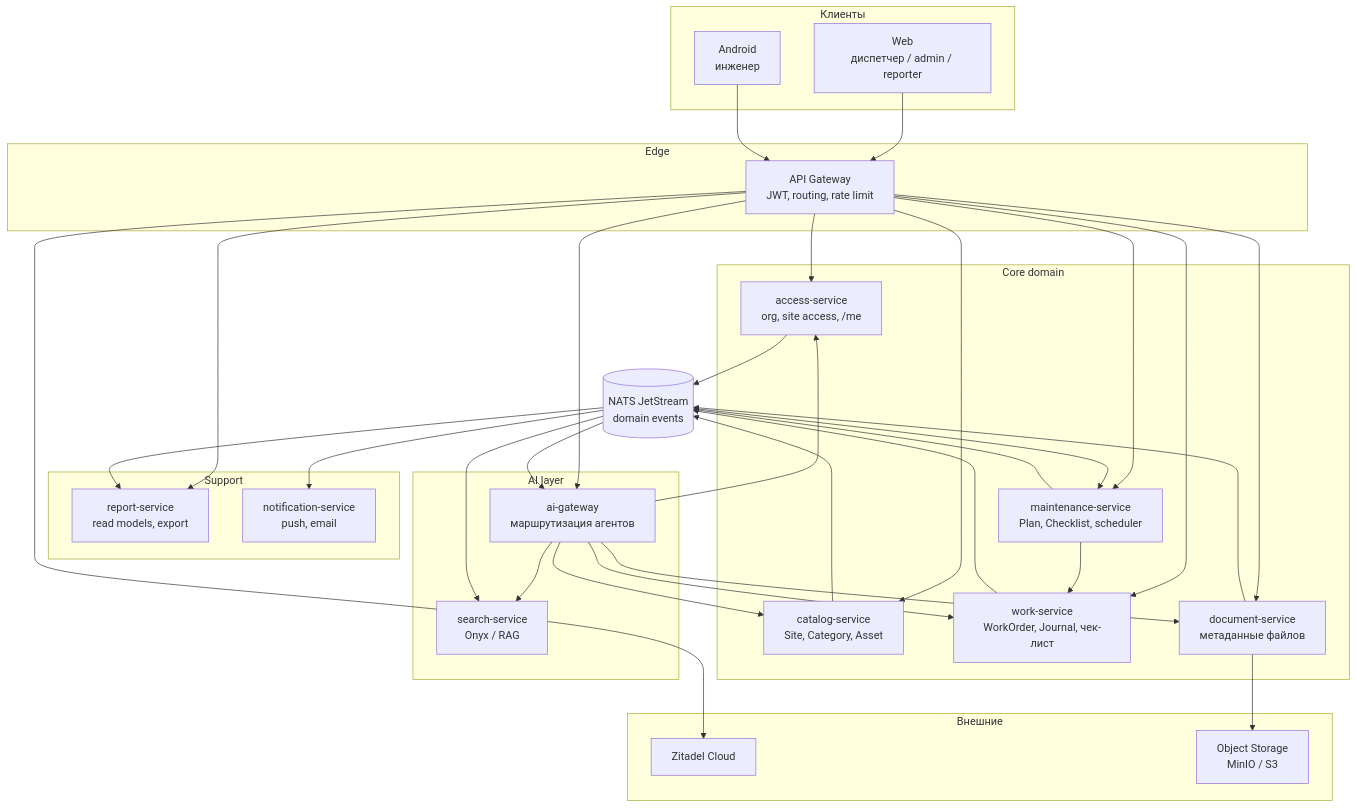
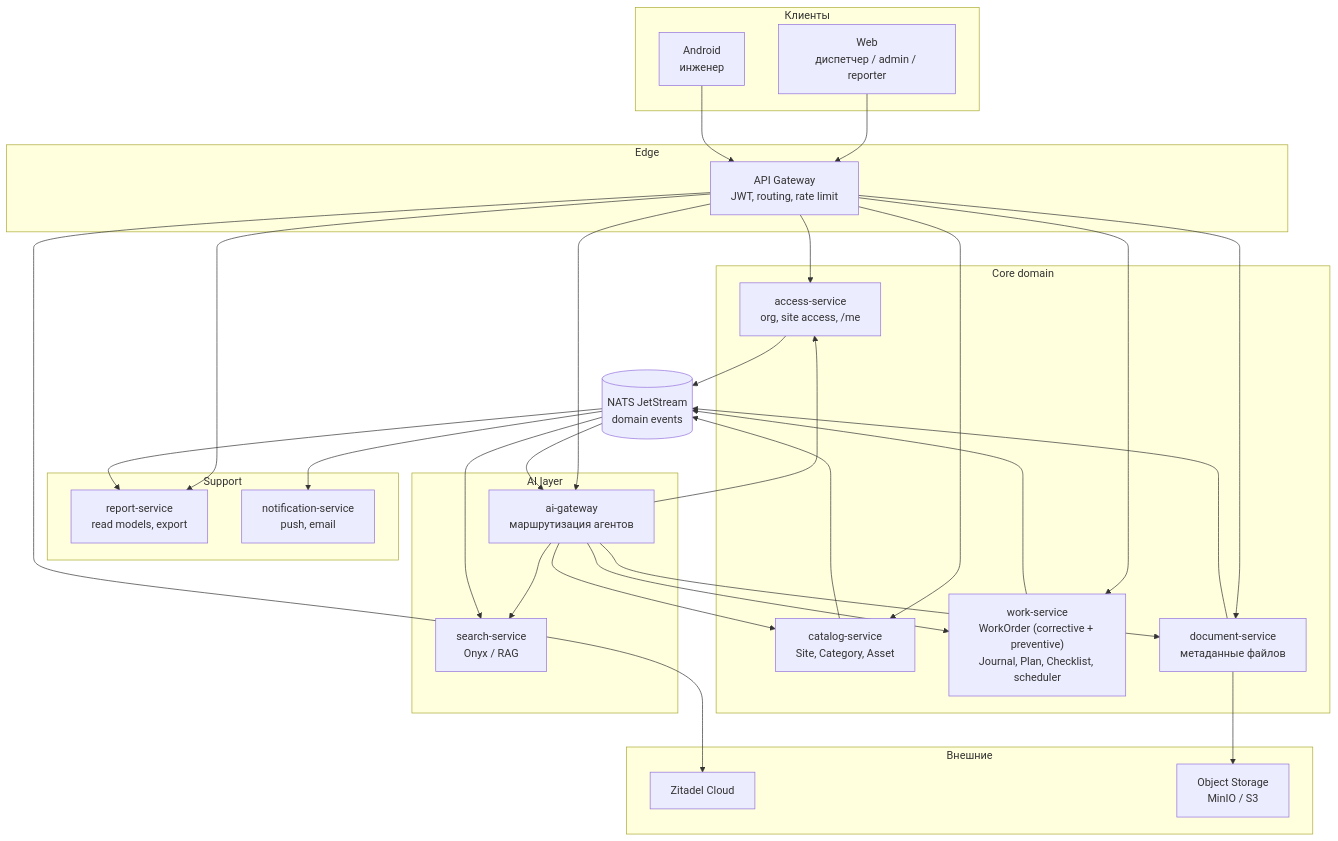
One commit to masterdoc-app/masterdoc changed the tenth of 12 diagrams in TOIR_AI_SYSTEM_DESIGN.md. Above: the diagram before and after it, drawn with Mermaid. The commit also changed other lines of this file and 1 other file, not shown here.

First line of the commit message:
docs: merge maintenance into work-service (WorkOrder types)

````diff
--- a/TOIR_AI_SYSTEM_DESIGN.md
+++ b/TOIR_AI_SYSTEM_DESIGN.md
@@ -621,52 +623,49 @@
 ```mermaid
 flowchart TB
   subgraph Clients["Клиенты"]
     WEB["Web<br/>диспетчер / admin / reporter"]
     AND["Android<br/>инженер"]
   end
 
   subgraph Edge["Edge"]
     GW["API Gateway<br/>JWT, routing, rate limit"]
   end
 
   subgraph External["Внешние"]
     ZIT["Zitadel Cloud"]
     S3["Object Storage<br/>MinIO / S3"]
   end
 
   subgraph Core["Core domain"]
     ACC["access-service<br/>org, site access, /me"]
     CAT["catalog-service<br/>Site, Category, Asset"]
-    WRK["work-service<br/>WorkOrder, Journal, чек-лист"]
+    WRK["work-service<br/>WorkOrder (corrective + preventive)<br/>Journal, Plan, Checklist, scheduler"]
     DOC["document-service<br/>метаданные файлов"]
-    MNT["maintenance-service<br/>Plan, Checklist, scheduler"]
   end
 
   subgraph Support["Support"]
     RPT["report-service<br/>read models, export"]
     NTF["notification-service<br/>push, email"]
   end
 
   subgraph AI["AI layer"]
     AIG["ai-gateway<br/>маршрутизация агентов"]
     SRCH["search-service<br/>Onyx / RAG"]
   end
 
   BUS[("NATS JetStream<br/>domain events")]
 
   WEB --> GW
   AND --> GW
   GW --> ZIT
-  GW --> ACC & CAT & WRK & DOC & MNT & RPT & AIG
+  GW --> ACC & CAT & WRK & DOC & RPT & AIG
 
   ACC --> BUS
   CAT --> BUS
   WRK --> BUS
   DOC --> S3
   DOC --> BUS
-  MNT --> BUS
-  MNT --> WRK
   AIG --> SRCH
   AIG --> CAT & WRK & DOC & ACC
-  BUS --> NTF & RPT & AIG & SRCH & MNT
+  BUS --> NTF & RPT & AIG & SRCH
 ```
````
